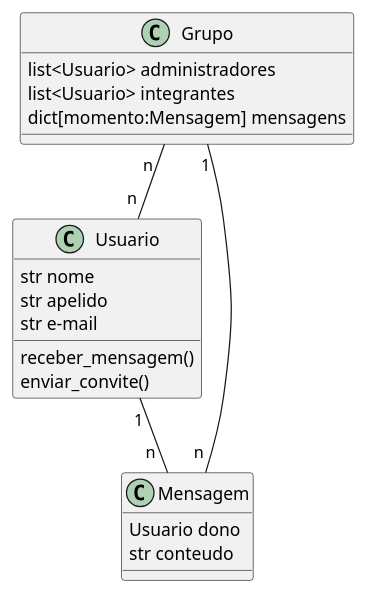
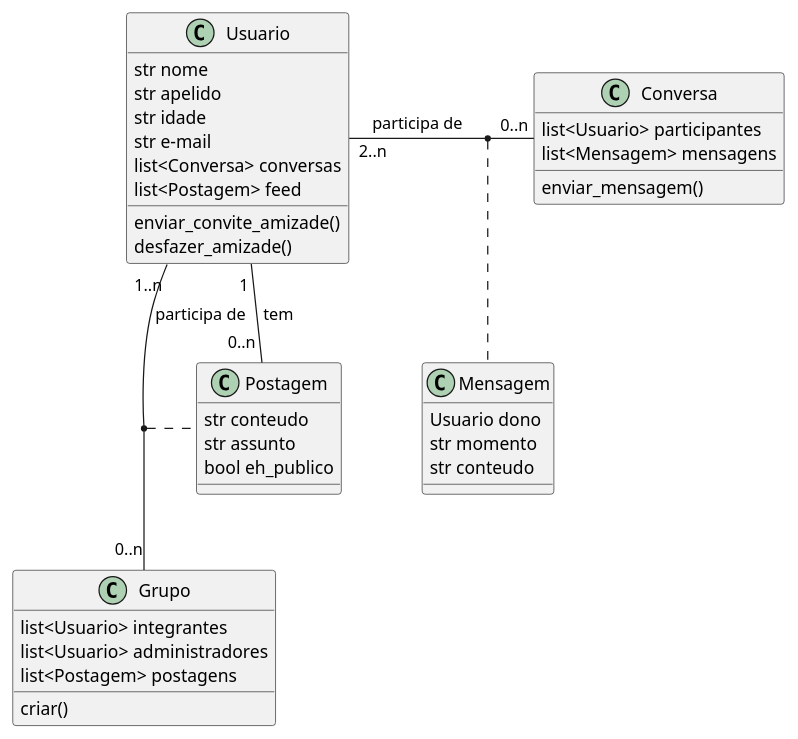
One commit to DhiegoV/Dez-seis changed the diagram in docs/classe.puml. Above: the diagram before and after it, drawn with PlantUML. The commit also changed 7 other files, not shown here.

Commit message:
adicionando .png's dos diagramas e atualizando-os

```diff
--- a/docs/classe.puml
+++ b/docs/classe.puml
@@ -1,27 +1,52 @@
 @startuml
+
+skinparam shadowing false
 
 class Usuario {
     str nome
     str apelido
+    str idade
     str e-mail
+    list<Conversa> conversas
+    list<Postagem> feed
 
-    receber_mensagem()
-    enviar_convite()
+    enviar_convite_amizade()
+    desfazer_amizade()
+}
+
+class Conversa {
+    list<Usuario> participantes
+    list<Mensagem> mensagens
+
+    enviar_mensagem()
 }
 
 class Mensagem {
     Usuario dono
+    str momento
     str conteudo
 }
 
-class Grupo {
-    list<Usuario> administradores
-    list<Usuario> integrantes
-    dict[momento:Mensagem] mensagens
+Usuario "2..n"-right-"0..n" Conversa: participa de
+(Usuario, Conversa) .. Mensagem
+
+class Postagem {
+    str conteudo
+    str assunto
+    bool eh_publico
 }
 
-Usuario "1"--"n  " Mensagem
-Grupo "1"--"n " Mensagem
-Grupo "n  "--"n " Usuario
+Usuario "1 "--"0..n " Postagem: " tem"
+
+class Grupo {
+    list<Usuario> integrantes
+    list<Usuario> administradores
+    list<Postagem> postagens
+
+    criar()
+}
+
+Usuario "1..n"-down-"0..n" Grupo: participa de
+(Usuario, Grupo) .. Postagem
 
 @enduml
```
